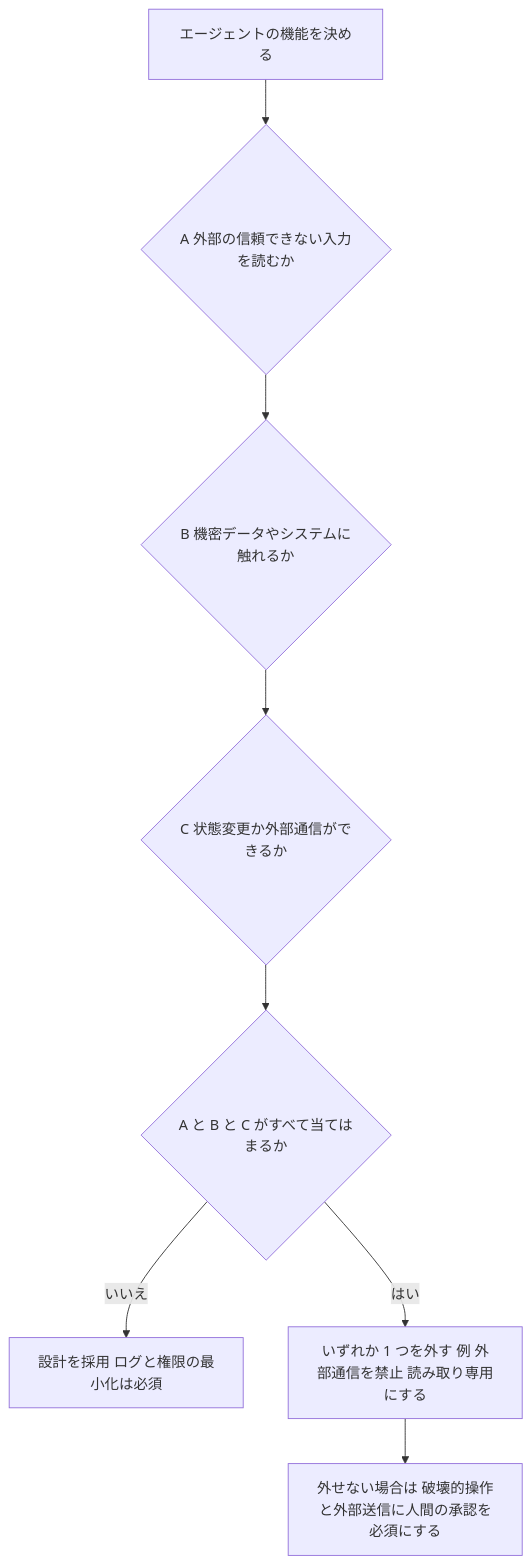
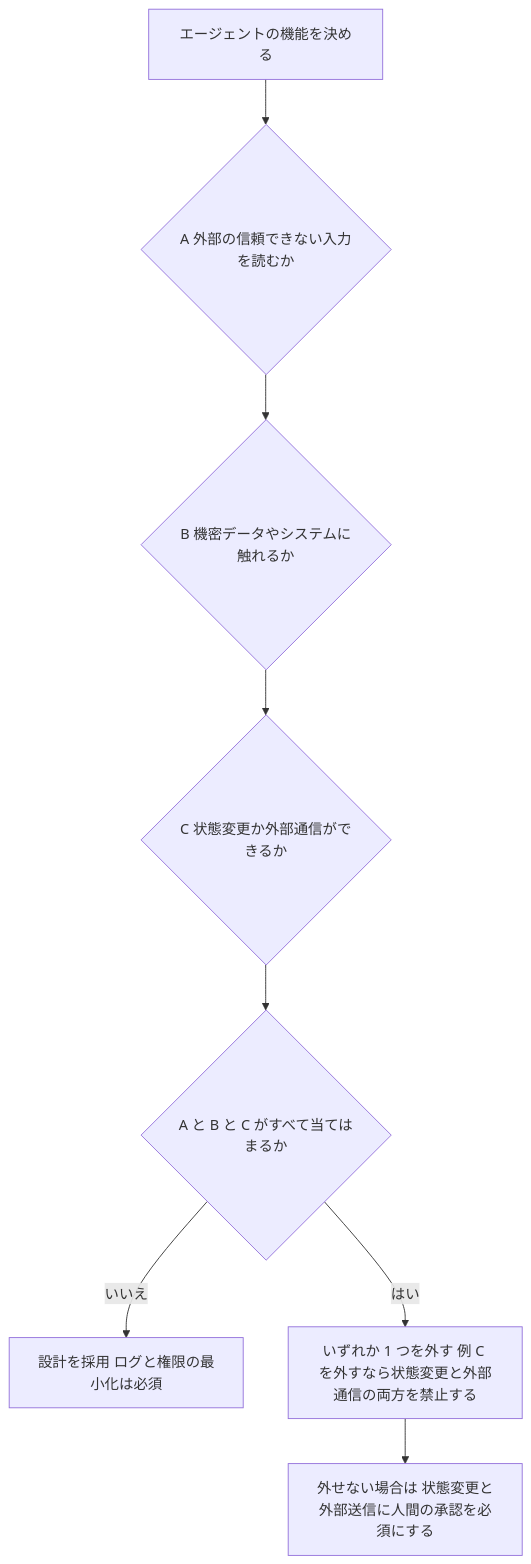
Before and after one commit to myoshi2891/Security_Studies: the ninth of 11 diagrams in Security-architecture-implementation-guide.md, drawn with Mermaid. The commit also changed other lines of this file, not shown here.

First line of the commit message:
docs(security-architecture): correct auth, SSRF, cooldown and agent guidance

````diff
--- a/Security-architecture-implementation-guide.md
+++ b/Security-architecture-implementation-guide.md
@@ -894,18 +907,18 @@
 ```mermaid
 flowchart TD
     Start["エージェントの機能を決める"]
     QA{"A 外部の信頼できない入力を読むか"}
     QB{"B 機密データやシステムに触れるか"}
     QC{"C 状態変更か外部通信ができるか"}
     Count{"A と B と C がすべて当てはまるか"}
     Ok["設計を採用 ログと権限の最小化は必須"]
-    Fix["いずれか 1 つを外す 例 外部通信を禁止 読み取り専用にする"]
-    Human["外せない場合は 破壊的操作と外部送信に人間の承認を必須にする"]
+    Fix["いずれか 1 つを外す 例 C を外すなら状態変更と外部通信の両方を禁止する"]
+    Human["外せない場合は 状態変更と外部送信に人間の承認を必須にする"]
     Start --> QA
     QA --> QB
     QB --> QC
     QC --> Count
     Count -->|"いいえ"| Ok
     Count -->|"はい"| Fix
     Fix --> Human
 ```
````
